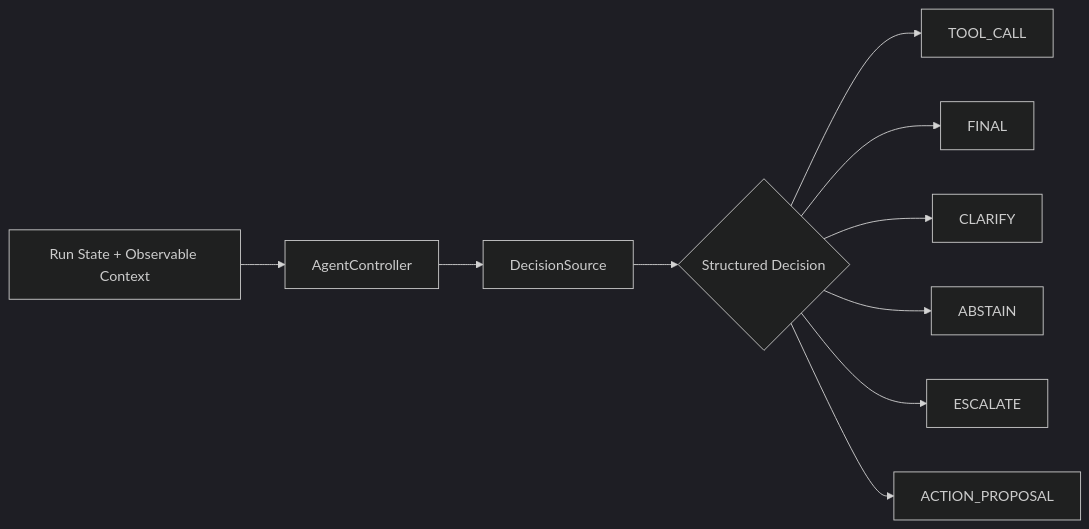
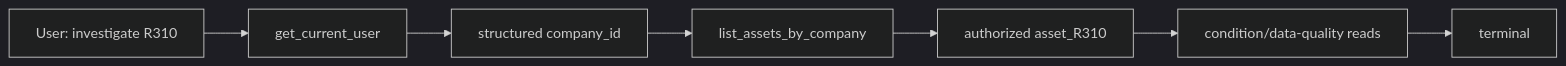
Before and after one commit to pablo-marchina/academy-tractian: the third of 12 diagrams in docs/presentation/ARCHITECTURE-OVERLAYS.md, drawn with Mermaid (dark theme). The commit also changed other lines of this file and 5 other files, not shown here.

````diff
--- a/docs/presentation/ARCHITECTURE-OVERLAYS.md
+++ b/docs/presentation/ARCHITECTURE-OVERLAYS.md
@@ -79,21 +58,12 @@
 ```mermaid
 flowchart LR
-    REQ[Run State + Observable Context]
-    AC[AgentController]
-    DS[DecisionSource]
-    DEC{Structured Decision}
-    TOOL[TOOL_CALL]
-    FIN[FINAL]
-    CLA[CLARIFY]
-    ABS[ABSTAIN]
-    ESC[ESCALATE]
-    ACT[ACTION_PROPOSAL]
+    Q[User: investigate R310]
+    U[get_current_user]
+    C[structured company_id]
+    F[list_assets_by_company]
+    A[authorized asset_R310]
+    E[condition/data-quality reads]
+    T[terminal]
 
-    REQ --> AC --> DS --> DEC
-    DEC --> TOOL
-    DEC --> FIN
-    DEC --> CLA
-    DEC --> ABS
-    DEC --> ESC
-    DEC --> ACT
+    Q --> U --> C --> F --> A --> E --> T
 ```
````
